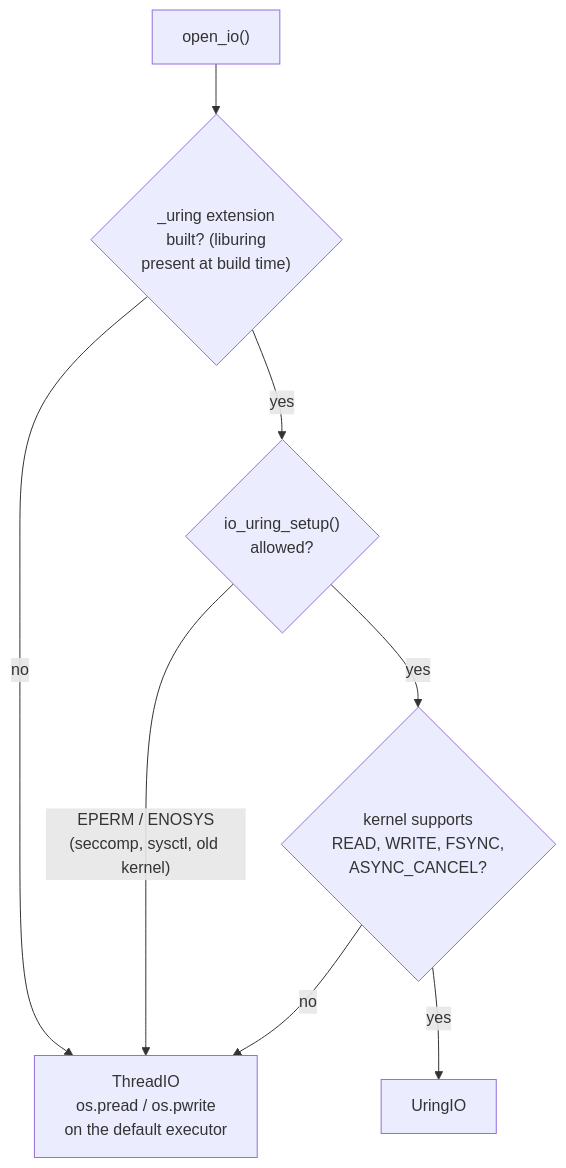
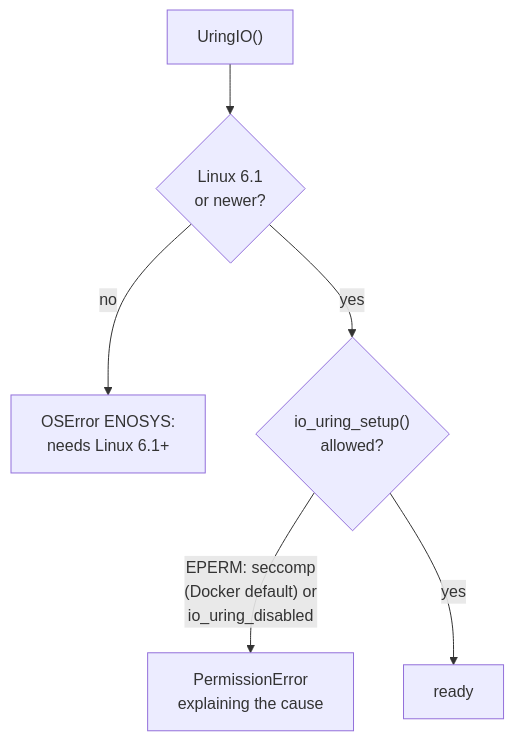
Before and after one commit to felipecruz/pyaio: the sixth of 7 diagrams in docs/architecture.md, drawn with Mermaid. The commit also changed other lines of this file and 12 other files, not shown here.

First line of the commit message:
Make pyaio io_uring-only and require Linux 6.1+

````diff
--- a/docs/architecture.md
+++ b/docs/architecture.md
@@ -173,10 +177,8 @@
 ```mermaid
 flowchart TD
-    S["open_io()"] --> X{"_uring extension<br/>built? (liburing<br/>present at build time)"}
-    X -->|no| T["ThreadIO<br/>os.pread / os.pwrite<br/>on the default executor"]
-    X -->|yes| Y{"io_uring_setup()<br/>allowed?"}
-    Y -->|"EPERM / ENOSYS<br/>(seccomp, sysctl, old kernel)"| T
-    Y -->|yes| Z{"kernel supports<br/>READ, WRITE, FSYNC,<br/>ASYNC_CANCEL?"}
-    Z -->|no| T
-    Z -->|yes| U["UringIO"]
+    S["UringIO()"] --> V{"Linux 6.1<br/>or newer?"}
+    V -->|no| E1["OSError ENOSYS:<br/>needs Linux 6.1+"]
+    V -->|yes| Y{"io_uring_setup()<br/>allowed?"}
+    Y -->|"EPERM: seccomp<br/>(Docker default) or<br/>io_uring_disabled"| E2["PermissionError<br/>explaining the cause"]
+    Y -->|yes| U["ready"]
 ```
````
